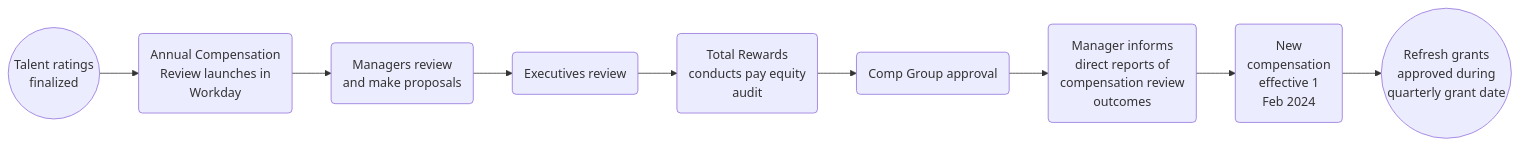
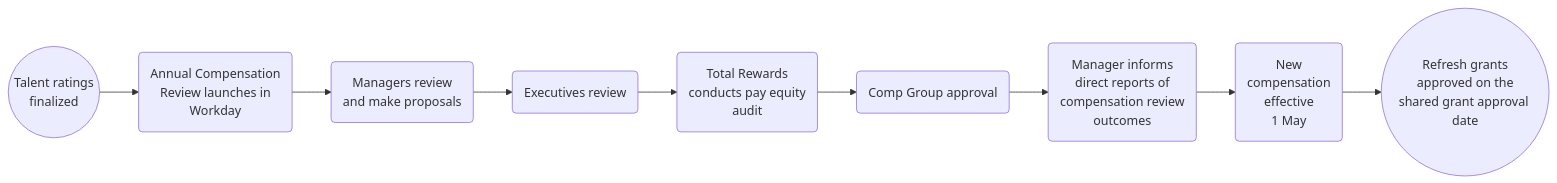
The diagram in content/handbook/total-rewards/compensation/compensation-review-cycle/_index.md (zalyoung/gitlab-handbook), drawn with Mermaid before and after one commit. The commit also changed other lines of this file and 2 other files, not shown here.

Commit message:
Update compensation pages ahead of ACR

````diff
--- a/content/handbook/total-rewards/compensation/compensation-review-cycle/_index.md
+++ b/content/handbook/total-rewards/compensation/compensation-review-cycle/_index.md
@@ -24,21 +24,21 @@
 ```mermaid
 graph LR
     start((Talent ratings<br/>finalized))
     step_acr_launch(Annual Compensation<br/>Review launches in<br/>Workday)
     step_mgr_review(Managers review<br/>and make proposals)
     step_exec_review(Executives review)
     step_pay_equity(Total Rewards<br/>conducts pay equity<br/>audit)
     step_comp_group(Comp Group approval)
     step_manager_comm(Manager informs<br/>direct reports of<br/>compensation review<br>outcomes)
-    step_comp_effective(New<br/>compensation<br/>effective 1<br/>Feb 2024)
-    stop((Refresh grants<br/>approved during<br/>quarterly grant date))
+    step_comp_effective(New<br/>compensation<br/>effective <br/>1 May)
+    stop((Refresh grants<br/>approved on the<br/>shared grant approval date))
 
     start-->step_acr_launch
     step_acr_launch-->step_mgr_review
     step_mgr_review-->step_exec_review
     step_exec_review-->step_pay_equity
     step_pay_equity-->step_comp_group
     step_comp_group--> step_manager_comm
     step_manager_comm--> step_comp_effective
     step_comp_effective--> stop
 ```
````
